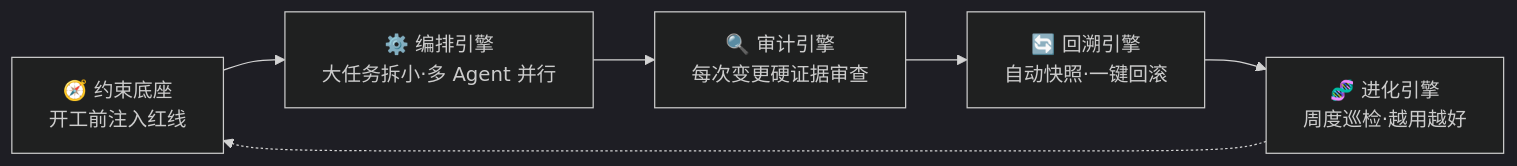
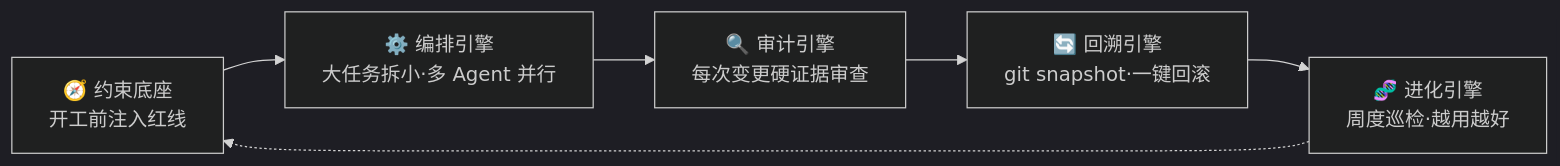
Before and after one commit to KongFangXun/sofagent: the second of 2 diagrams in README.md, drawn with Mermaid (dark theme). The commit also changed 20 other files, not shown here.

````diff
--- a/README.md
+++ b/README.md
@@ -138,8 +138,8 @@
 ```mermaid
 flowchart LR
     CB[🧭 约束底座<br/>开工前注入红线] --> OR[⚙️ 编排引擎<br/>大任务拆小·多 Agent 并行]
     OR --> AU[🔍 审计引擎<br/>每次变更硬证据审查]
-    AU --> RE[🔄 回溯引擎<br/>自动快照·一键回滚]
+    AU --> RE[🔄 回溯引擎<br/>git snapshot·一键回滚]
     RE --> EV[🧬 进化引擎<br/>周度巡检·越用越好]
     EV -.-> CB
 ```
````
